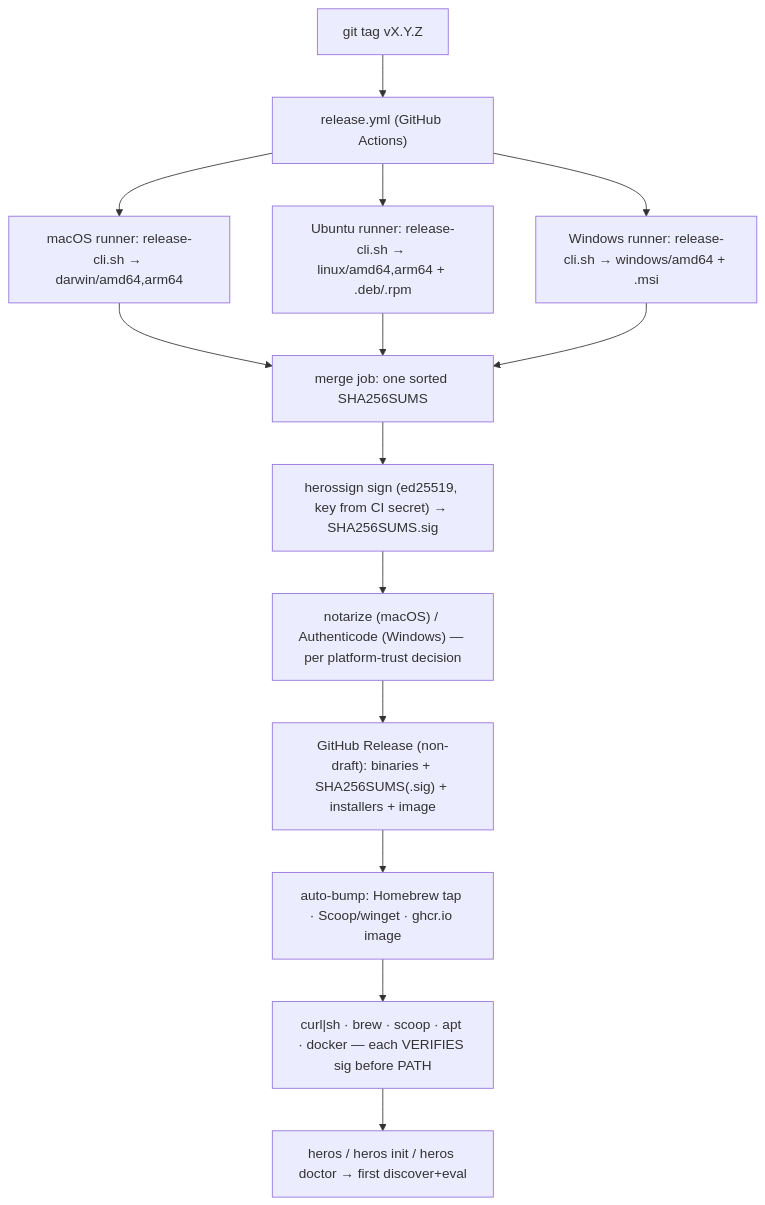
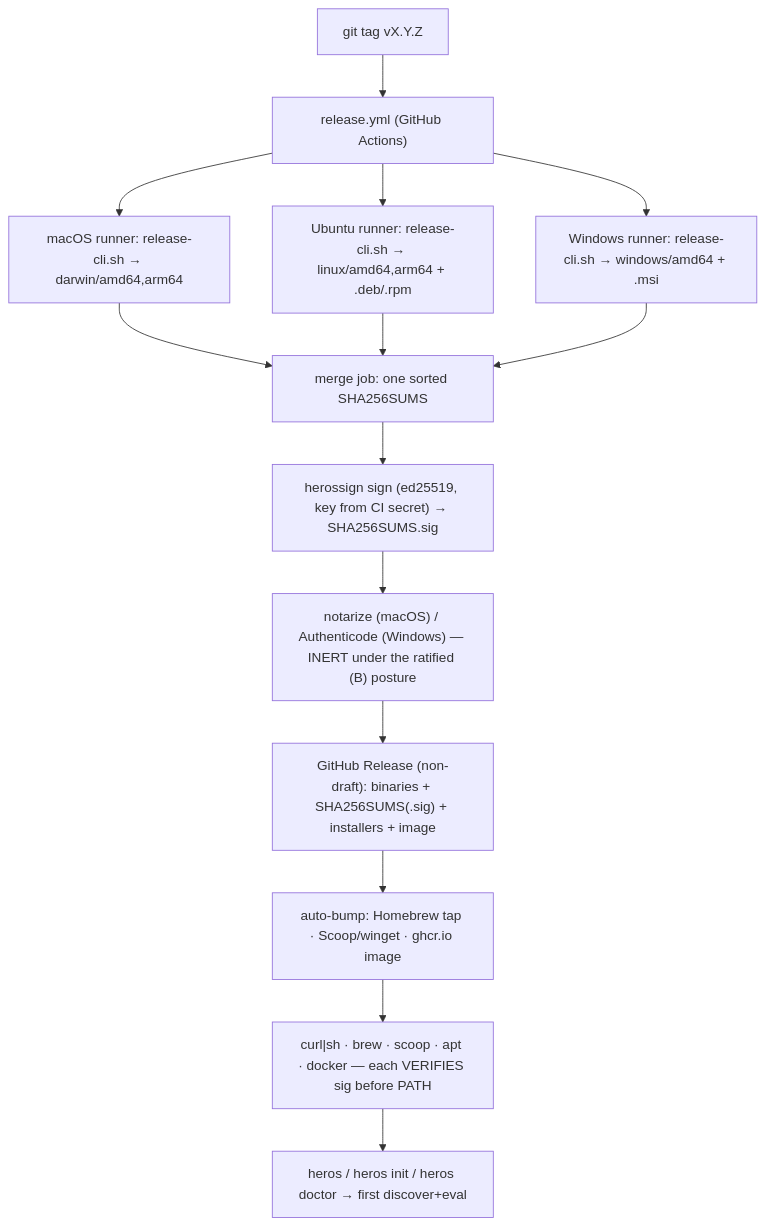
Before and after one commit to damonleelcx/heros-agent: the diagram in docs/prd/P20-installable-packages.md, drawn with Mermaid. The commit also changed other lines of this file and 17 other files, not shown here.

````diff
--- a/docs/prd/P20-installable-packages.md
+++ b/docs/prd/P20-installable-packages.md
@@ -300,14 +304,14 @@
 ```mermaid
 flowchart TD
   tag["git tag vX.Y.Z"] --> wf["release.yml (GitHub Actions)"]
   wf --> m1["macOS runner: release-cli.sh → darwin/amd64,arm64"]
   wf --> m2["Ubuntu runner: release-cli.sh → linux/amd64,arm64 + .deb/.rpm"]
   wf --> m3["Windows runner: release-cli.sh → windows/amd64 + .msi"]
   m1 & m2 & m3 --> merge["merge job: one sorted SHA256SUMS"]
   merge --> sign["herossign sign (ed25519, key from CI secret) → SHA256SUMS.sig"]
-  sign --> notarize["notarize (macOS) / Authenticode (Windows) — per platform-trust decision"]
+  sign --> notarize["notarize (macOS) / Authenticode (Windows) — INERT under the ratified (B) posture"]
   notarize --> rel["GitHub Release (non-draft): binaries + SHA256SUMS(.sig) + installers + image"]
   rel --> chans["auto-bump: Homebrew tap · Scoop/winget · ghcr.io image"]
   chans --> user["curl|sh · brew · scoop · apt · docker — each VERIFIES sig before PATH"]
   user --> first["heros / heros init / heros doctor → first discover+eval"]
 ```
````
